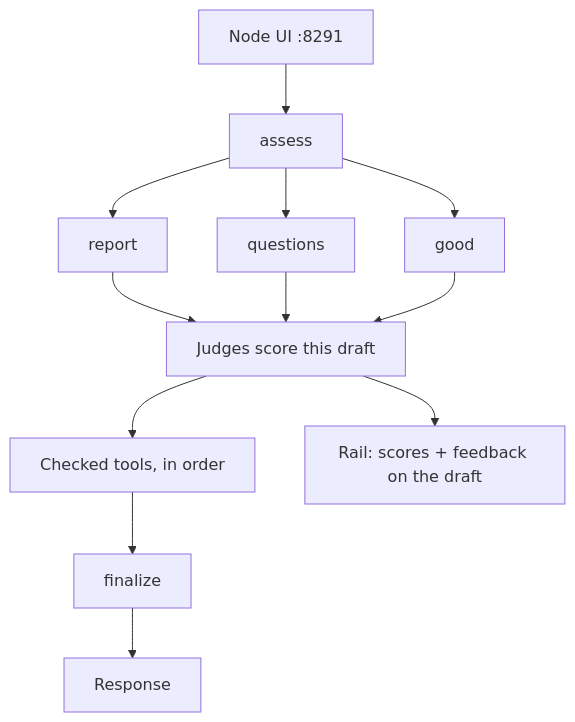
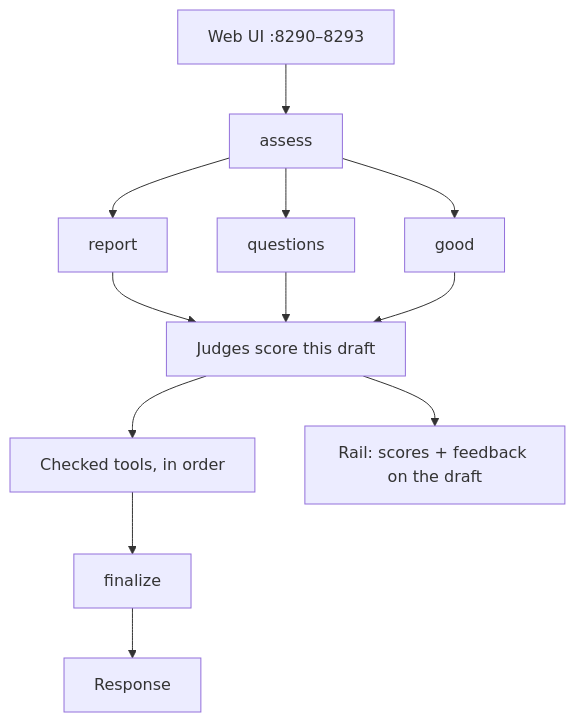
The diagram in 20-agent-config/20-capstone/application.md (marcoman/lunch-marcoly), drawn with Mermaid before and after one commit. The commit also changed other lines of this file and 26 other files, not shown here.

````diff
--- a/20-agent-config/20-capstone/application.md
+++ b/20-agent-config/20-capstone/application.md
@@ -32,15 +32,15 @@
 ```mermaid
 flowchart TB
-  UI["Node UI :8291"]
+  UI["Web UI :8290–8293"]
   UI --> Assess["assess"]
   Assess --> Report["report"]
   Assess --> Questions["questions"]
   Assess --> Good["good"]
   Report --> Judge["Judges score this draft"]
   Questions --> Judge
   Good --> Judge
   Judge --> Tools["Checked tools, in order"]
   Tools --> Finalize["finalize"]
   Finalize --> Out["Response"]
   Judge --> Rail["Rail: scores + feedback on the draft"]
 ```
````
